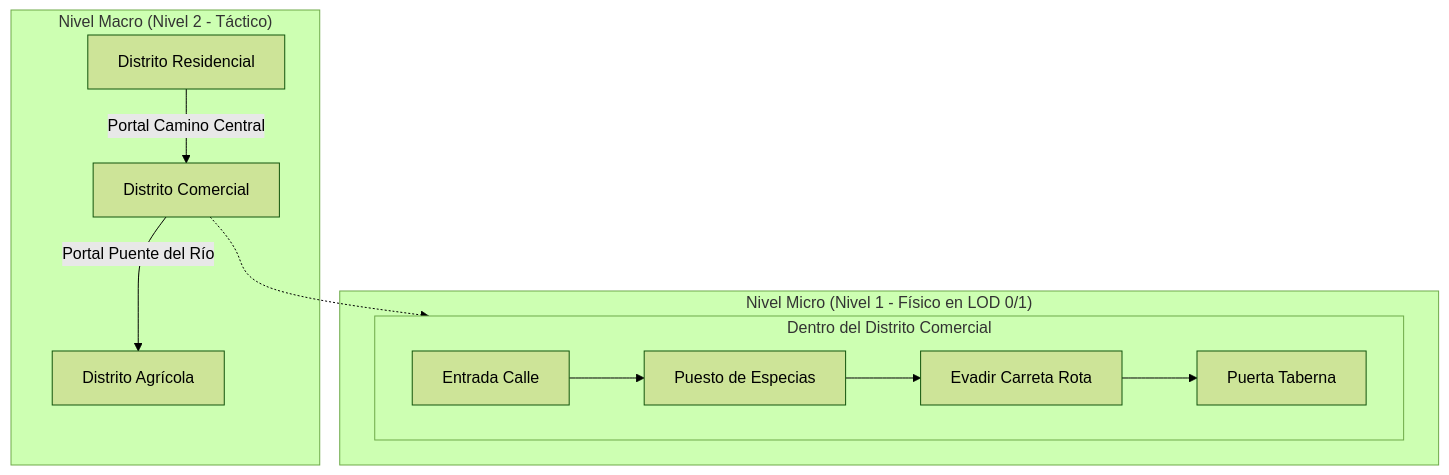
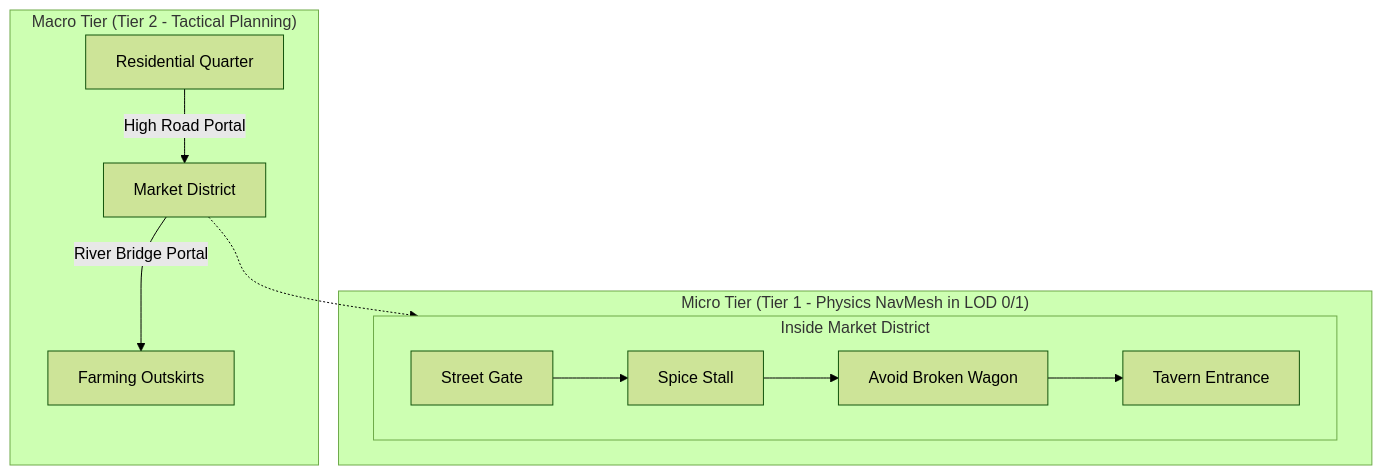
One commit to mcarbonell/sentient-npc-architecture changed the diagram in docs/04-spatial-ai-and-routines.md. Above: the diagram before and after it, drawn with Mermaid (forest theme). The commit also changed other lines of this file and 7 other files, not shown here.

Commit message:
docs: add comprehensive design and architecture documentation for sentient NPC system

````diff
--- a/docs/04-spatial-ai-and-routines.md
+++ b/docs/04-spatial-ai-and-routines.md
@@ -96,17 +96,17 @@
 ```mermaid
 graph TD
-    subgraph MacroNivel ["Nivel Macro (Nivel 2 - Táctico)"]
-        A["Distrito Residencial"] -->|"Portal Camino Central"| B["Distrito Comercial"]
-        B -->|"Portal Puente del Río"| C["Distrito Agrícola"]
+    subgraph MacroLevel ["Macro Tier (Tier 2 - Tactical Planning)"]
+        A["Residential Quarter"] -->|"High Road Portal"| B["Market District"]
+        B -->|"River Bridge Portal"| C["Farming Outskirts"]
     end
 
-    subgraph MicroNivel ["Nivel Micro (Nivel 1 - Físico en LOD 0/1)"]
-        subgraph DistritoComercial ["Dentro del Distrito Comercial"]
-            P1["Entrada Calle"] --> P2["Puesto de Especias"]
-            P2 --> P3["Evadir Carreta Rota"]
-            P3 --> P4["Puerta Taberna"]
+    subgraph MicroLevel ["Micro Tier (Tier 1 - Physics NavMesh in LOD 0/1)"]
+        subgraph MarketDistrict ["Inside Market District"]
+            P1["Street Gate"] --> P2["Spice Stall"]
+            P2 --> P3["Avoid Broken Wagon"]
+            P3 --> P4["Tavern Entrance"]
         end
     end
 
-    B -.-> DistritoComercial
+    B -.-> MarketDistrict
 ```
````
